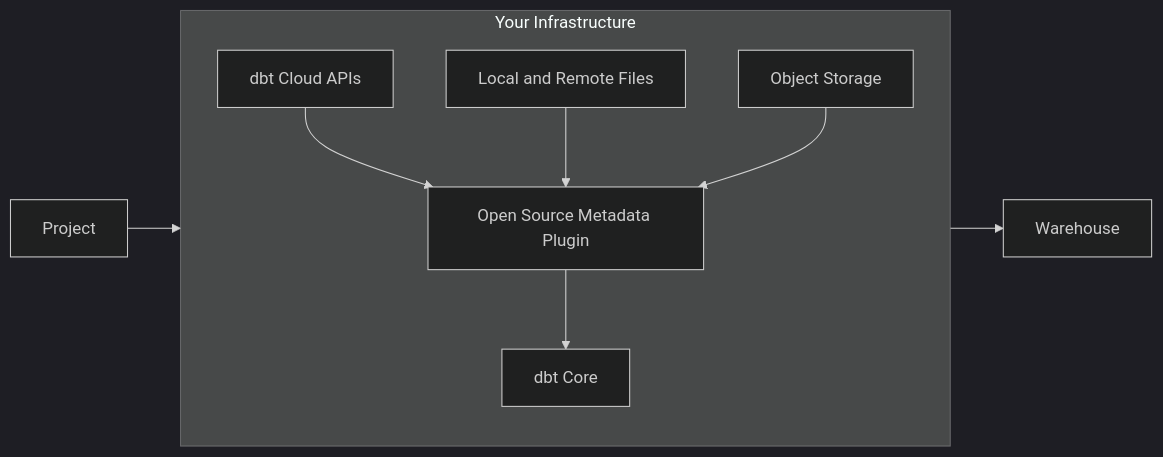
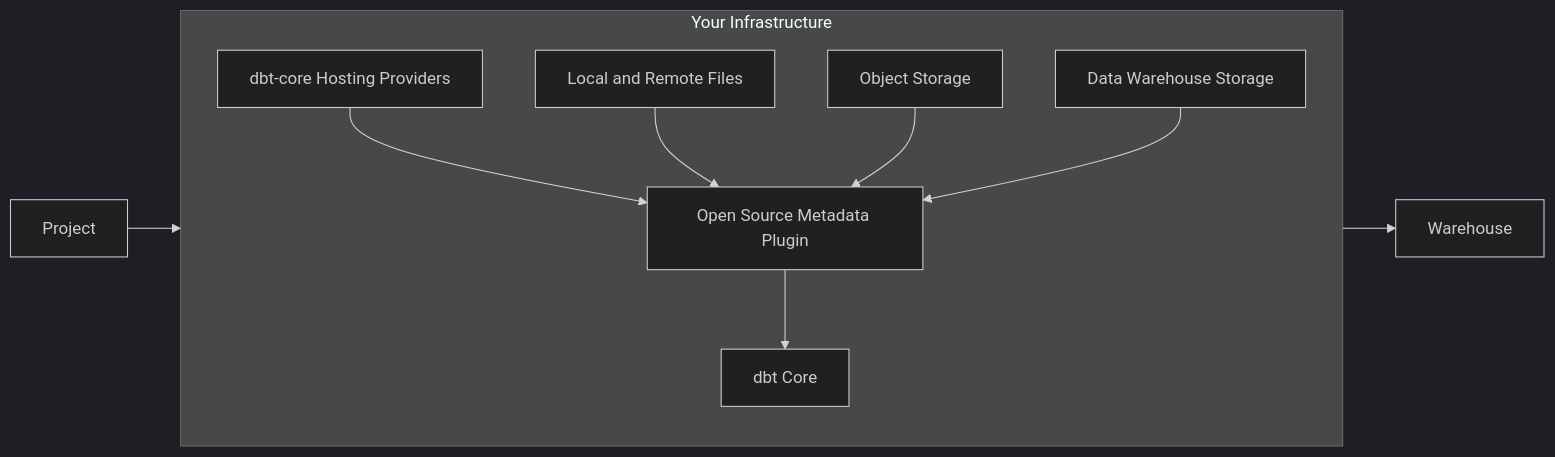
One commit to nicholasyager/dbt-loom changed the diagram in docs/index.md. Above: the diagram before and after it, drawn with Mermaid (dark theme). The commit also changed other lines of this file and 1 other file, not shown here.

Commit message:
doc: Update source buckets in diagrams and lists

````diff
--- a/docs/index.md
+++ b/docs/index.md
@@ -5,20 +5,22 @@
 ```mermaid
 flowchart LR
 
    subgraph TOP[Your Infrastructure]
     direction TB
-    dbt_runtime[dbt Core]
-    proprietary_plugin[Open Source Metadata Plugin]
+    dbt_runtime[dbt Core]:::background
+    proprietary_plugin[Open Source Metadata Plugin]:::background
 
-    files[Local and Remote Files]
-    object_storage[Object Storage]
-    discovery_api[dbt Cloud APIs]
+    files[Local and Remote Files]:::background
+    object_storage[Object Storage]:::background
+    data_warehouse_storage[Data Warehouse Storage]:::background
+    discovery_api[dbt-core Hosting Providers]:::background
 
     discovery_api --> proprietary_plugin
     files --> proprietary_plugin
     object_storage --> proprietary_plugin
+    data_warehouse_storage --> proprietary_plugin
     proprietary_plugin --> dbt_runtime
   end
 
   Project --> TOP --> Warehouse
 ```
````
